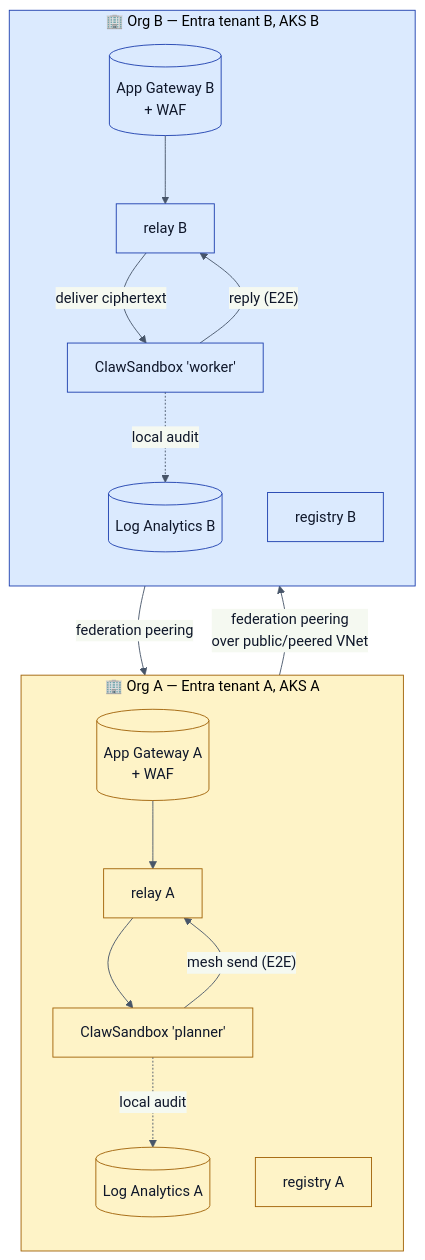
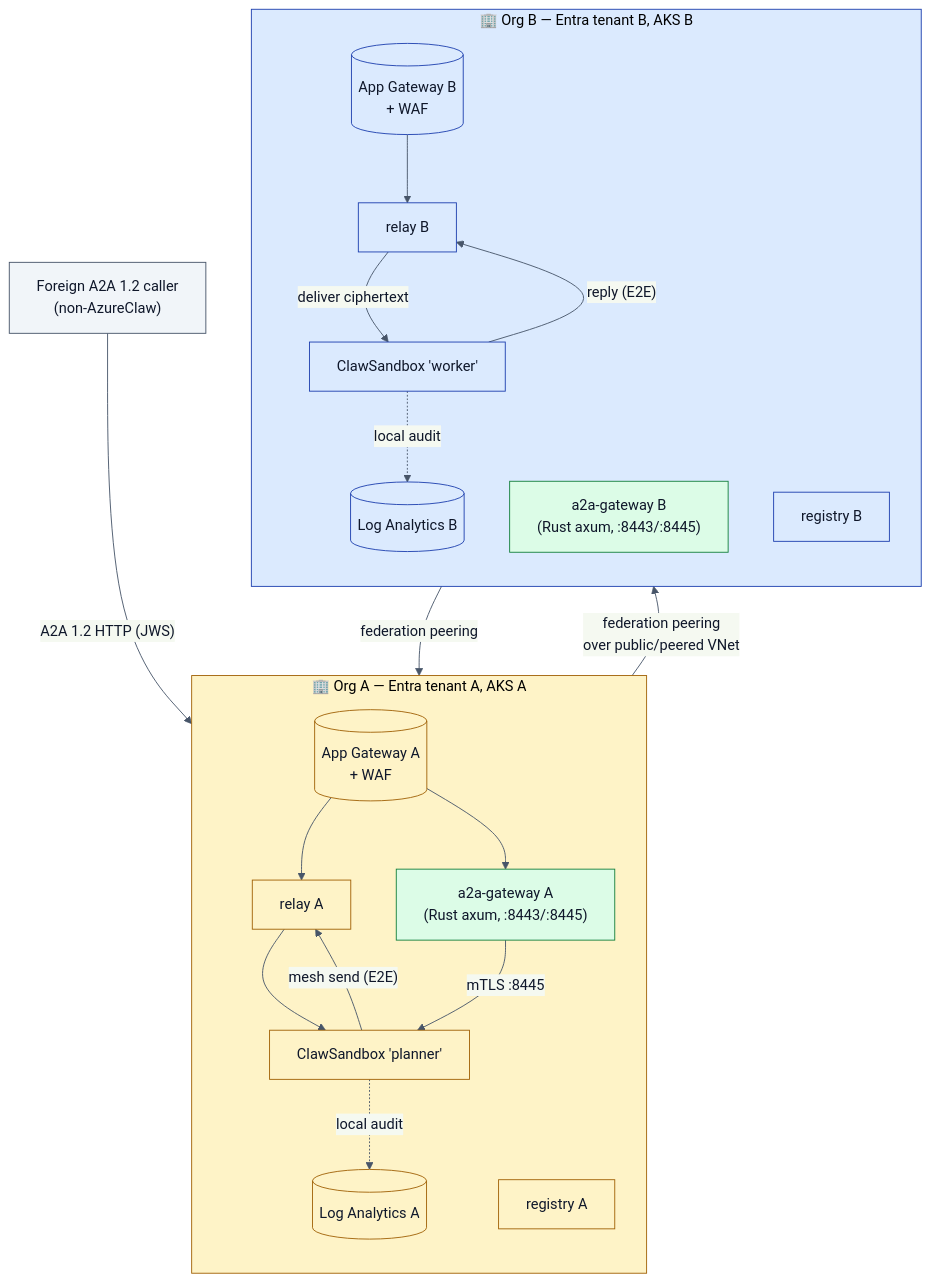
Before and after one commit to Azure/kars: the first of 3 diagrams in docs/blueprints/04-cross-org-federation.md, drawn with Mermaid. The commit also changed other lines of this file and 14 other files, not shown here.

````diff
--- a/docs/blueprints/04-cross-org-federation.md
+++ b/docs/blueprints/04-cross-org-federation.md
@@ -13,39 +13,49 @@
 ```mermaid
 %%{init: {'theme':'base','themeVariables':{'primaryColor':'#f1f5f9','primaryBorderColor':'#475569','primaryTextColor':'#0f172a','lineColor':'#475569','clusterBkg':'#f8fafc','clusterBorder':'#94a3b8','fontFamily':'-apple-system, BlinkMacSystemFont, Segoe UI, sans-serif'}}}%%
 flowchart TB
   subgraph OrgA["🏢 Org A — Entra tenant A, AKS A"]
     direction TB
     AGwA[("App Gateway A<br/>+ WAF")]
+    A2AGwA["a2a-gateway A<br/>(Rust axum, :8443/:8445)"]
     RegA["registry A"]
     RlyA["relay A"]
     AgentA["ClawSandbox 'planner'"]
     AuditA[("Log Analytics A")]
   end
 
   subgraph OrgB["🏢 Org B — Entra tenant B, AKS B"]
     direction TB
     AGwB[("App Gateway B<br/>+ WAF")]
+    A2AGwB["a2a-gateway B<br/>(Rust axum, :8443/:8445)"]
     RegB["registry B"]
     RlyB["relay B"]
     AgentB["ClawSandbox 'worker'"]
     AuditB[("Log Analytics B")]
   end
+
+  ForeignCaller["Foreign A2A 1.2 caller<br/>(non-AzureClaw)"]
 
   AgentA -->|"mesh send (E2E)"| RlyA
   RlyA -->|"federation peering<br/>over public/peered VNet"| AGwB
   AGwB --> RlyB
   RlyB -->|"deliver ciphertext"| AgentB
 
   AgentB -->|"reply (E2E)"| RlyB
   RlyB -->|"federation peering"| AGwA
   AGwA --> RlyA
   RlyA --> AgentA
 
+  ForeignCaller -->|"A2A 1.2 HTTP (JWS)"| AGwA
+  AGwA --> A2AGwA
+  A2AGwA -->|"mTLS :8445"| AgentA
+
   AgentA -.->|"local audit"| AuditA
   AgentB -.->|"local audit"| AuditB
 
   classDef orgA fill:#fef3c7,stroke:#a16207;
   classDef orgB fill:#dbeafe,stroke:#1e40af;
+  classDef gw fill:#dcfce7,stroke:#15803d;
   class OrgA,AGwA,RegA,RlyA,AgentA,AuditA orgA;
   class OrgB,AGwB,RegB,RlyB,AgentB,AuditB orgB;
+  class A2AGwA,A2AGwB gw;
 ```
````
